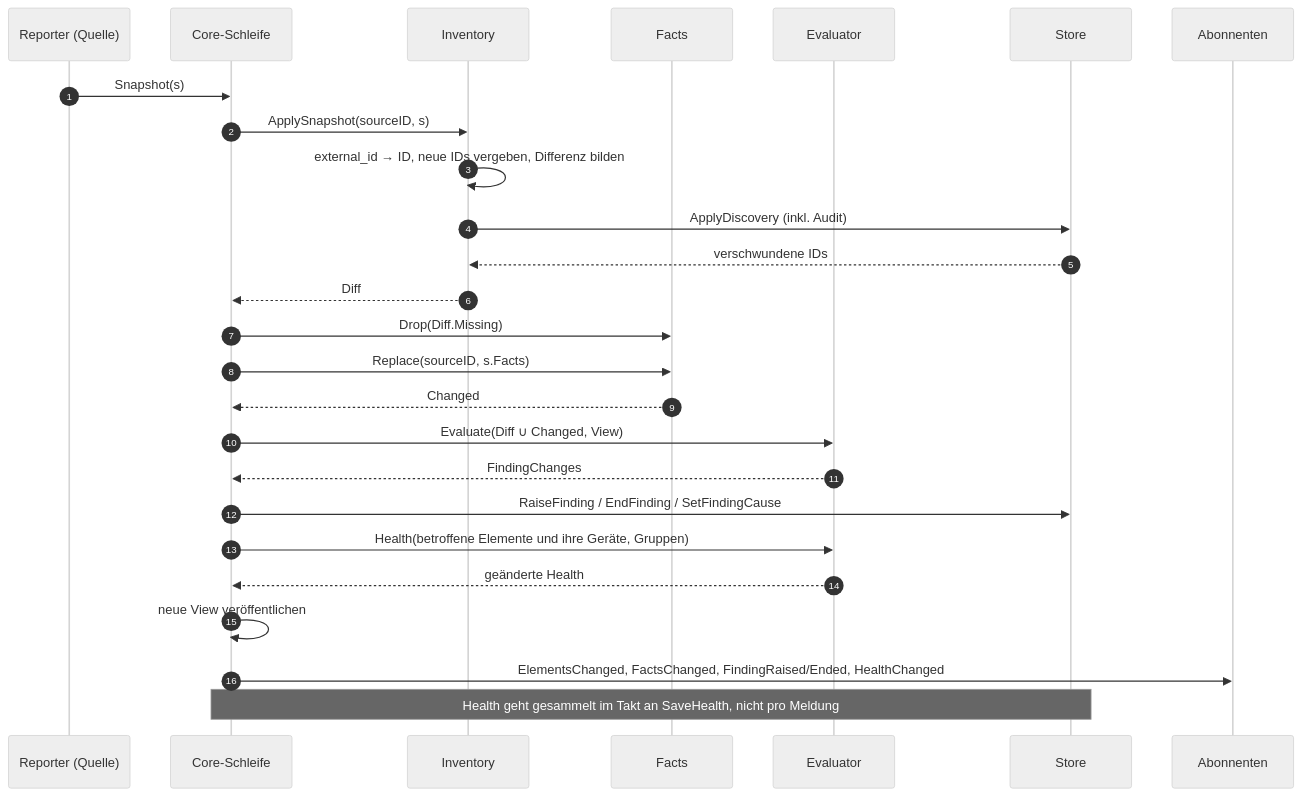
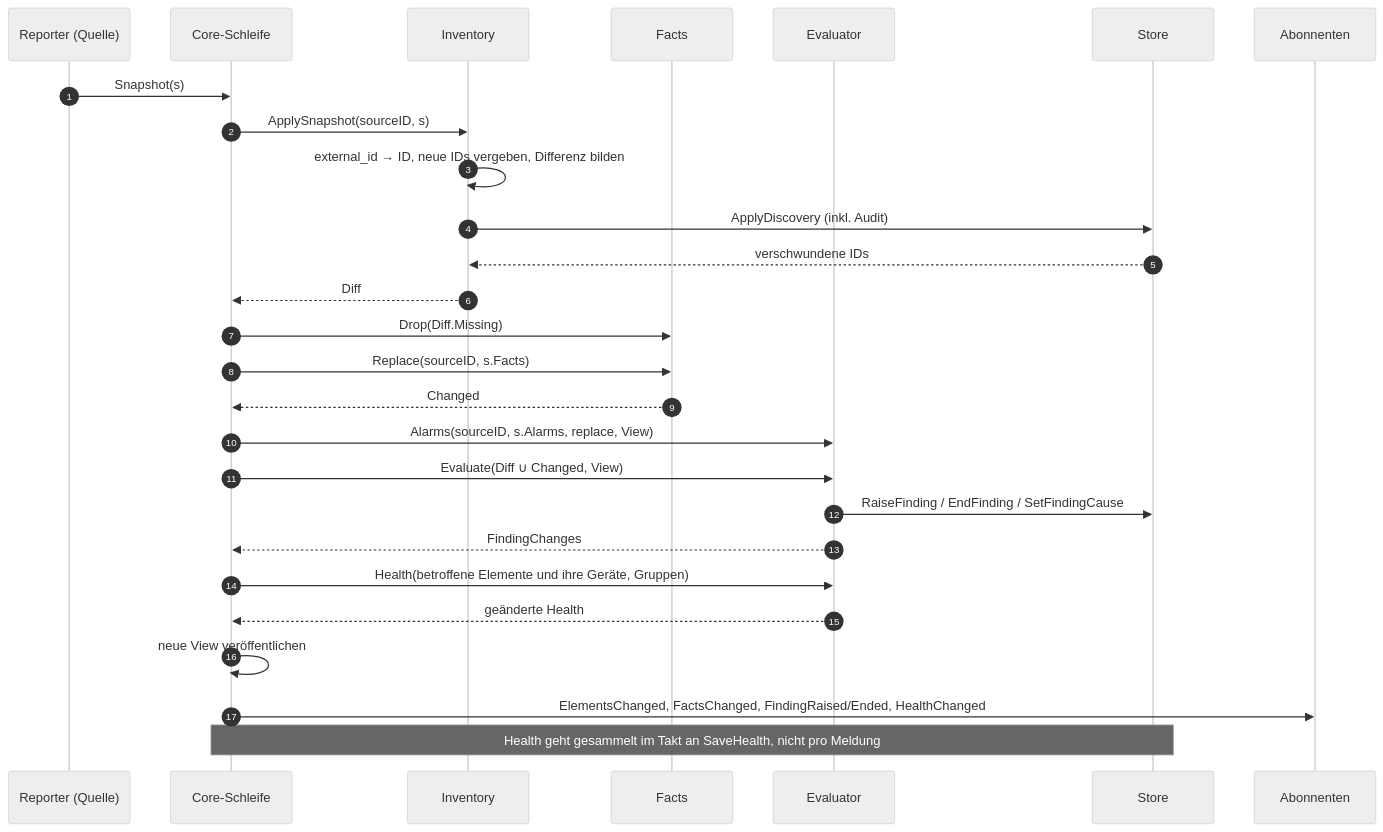
Before and after one commit to lukirs95/monika: the second of 6 diagrams in docs/contracts/core.md, drawn with Mermaid (neutral theme). The commit also changed other lines of this file and 6 other files, not shown here.

Commit message:
core/inventory: immutable graph with scope resolution

````diff
--- a/docs/contracts/core.md
+++ b/docs/contracts/core.md
@@ -205,29 +239,30 @@
 ```mermaid
 sequenceDiagram
     autonumber
     participant R as Reporter (Quelle)
     participant L as Core-Schleife
     participant I as Inventory
     participant F as Facts
     participant E as Evaluator
     participant S as Store
     participant B as Abonnenten
 
     R->>L: Snapshot(s)
     L->>I: ApplySnapshot(sourceID, s)
     I->>I: external_id → ID, neue IDs vergeben, Differenz bilden
     I->>S: ApplyDiscovery (inkl. Audit)
     S-->>I: verschwundene IDs
     I-->>L: Diff
     L->>F: Drop(Diff.Missing)
     L->>F: Replace(sourceID, s.Facts)
     F-->>L: Changed
+    L->>E: Alarms(sourceID, s.Alarms, replace, View)
     L->>E: Evaluate(Diff ∪ Changed, View)
+    E->>S: RaiseFinding / EndFinding / SetFindingCause
     E-->>L: FindingChanges
-    L->>S: RaiseFinding / EndFinding / SetFindingCause
     L->>E: Health(betroffene Elemente und ihre Geräte, Gruppen)
     E-->>L: geänderte Health
     L->>L: neue View veröffentlichen
     L->>B: ElementsChanged, FactsChanged, FindingRaised/Ended, HealthChanged
     Note over L,S: Health geht gesammelt im Takt an SaveHealth, nicht pro Meldung
 ```
````
